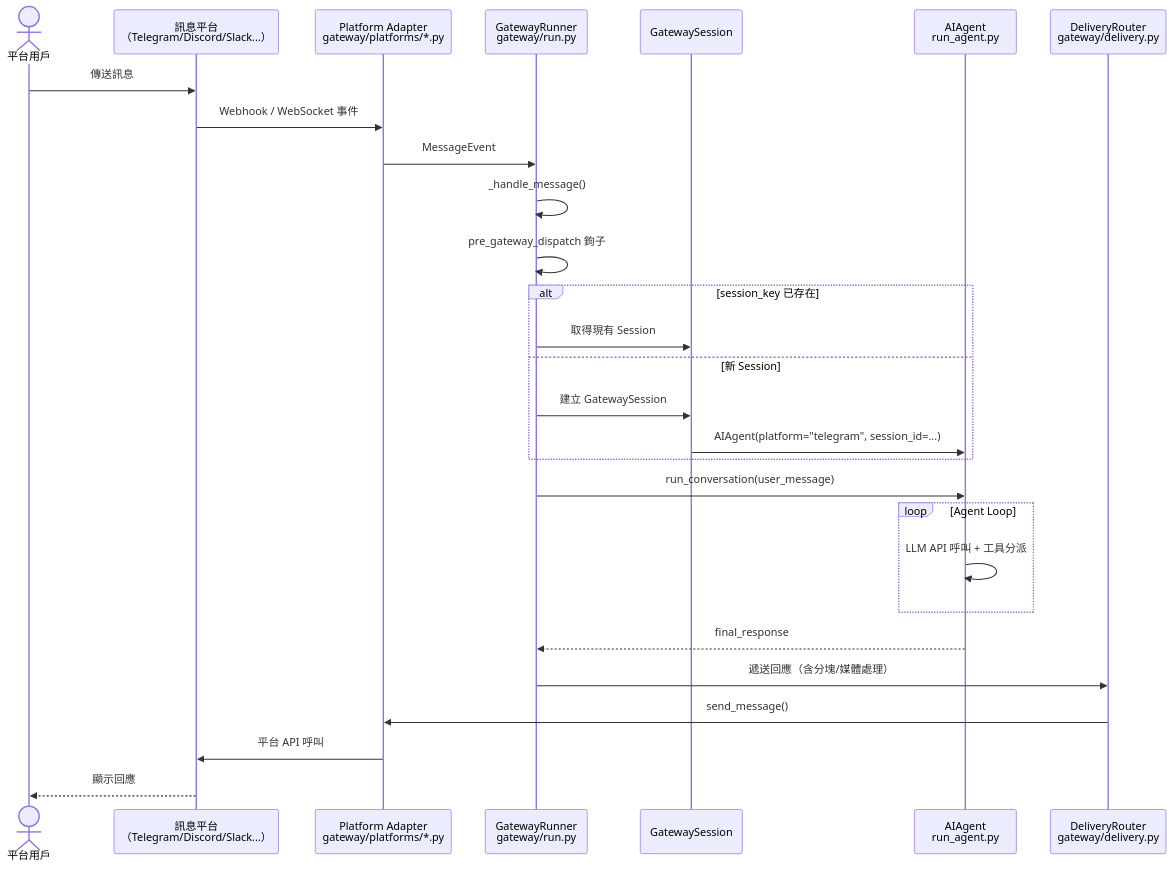
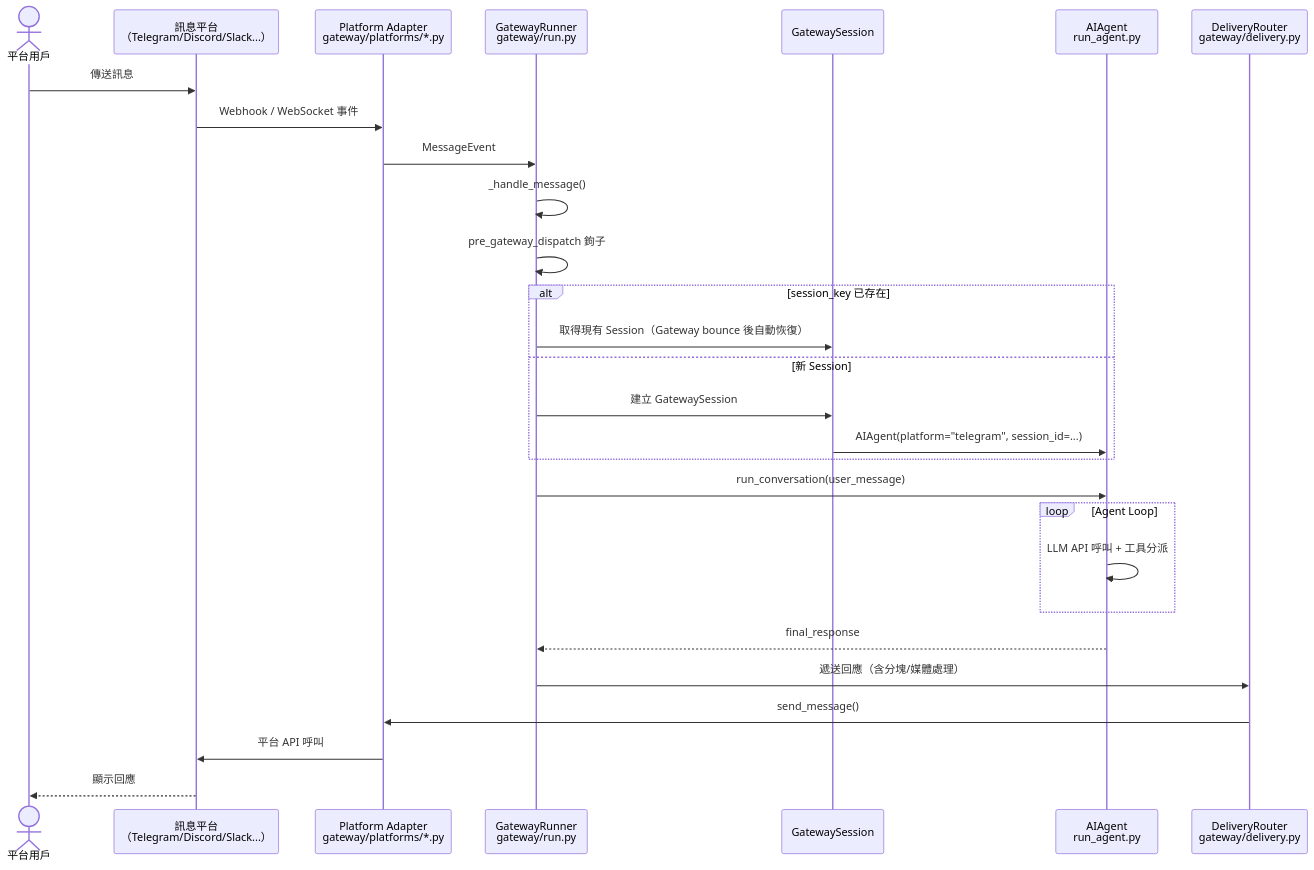
Before and after one commit to pichiu/hermes-agent: the third of 3 diagrams in .trace/ARCHITECTURE.md, drawn with Mermaid. The commit also changed other lines of this file, not shown here.

Commit message:
trace: update ARCHITECTURE for v0.13 - ProviderProfile plugin arch, Google Chat, transform_llm_output, Checkpoints v2

````diff
--- a/.trace/ARCHITECTURE.md
+++ b/.trace/ARCHITECTURE.md
@@ -296,36 +310,36 @@
 ```mermaid
 sequenceDiagram
     actor PlatformUser as 平台用戶
     participant Platform as 訊息平台<br/>（Telegram/Discord/Slack...）
     participant Adapter as Platform Adapter<br/>gateway/platforms/*.py
     participant Runner as GatewayRunner<br/>gateway/run.py
     participant Session as GatewaySession
     participant Agent as AIAgent<br/>run_agent.py
     participant Delivery as DeliveryRouter<br/>gateway/delivery.py
 
     PlatformUser->>Platform: 傳送訊息
     Platform->>Adapter: Webhook / WebSocket 事件
     Adapter->>Runner: MessageEvent
 
     Runner->>Runner: _handle_message()
     Runner->>Runner: pre_gateway_dispatch 鉤子
 
     alt session_key 已存在
-        Runner->>Session: 取得現有 Session
+        Runner->>Session: 取得現有 Session（Gateway bounce 後自動恢復）
     else 新 Session
         Runner->>Session: 建立 GatewaySession
         Session->>Agent: AIAgent(platform="telegram", session_id=...)
     end
 
     Runner->>Agent: run_conversation(user_message)
 
     loop Agent Loop
         Agent->>Agent: LLM API 呼叫 + 工具分派
     end
 
     Agent-->>Runner: final_response
     Runner->>Delivery: 遞送回應（含分塊/媒體處理）
     Delivery->>Adapter: send_message()
     Adapter->>Platform: 平台 API 呼叫
     Platform-->>PlatformUser: 顯示回應
 ```
````
